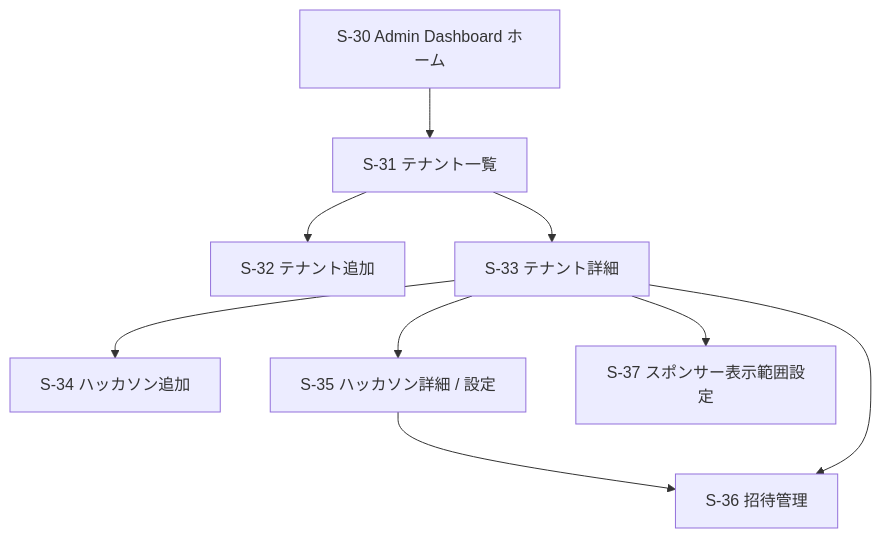
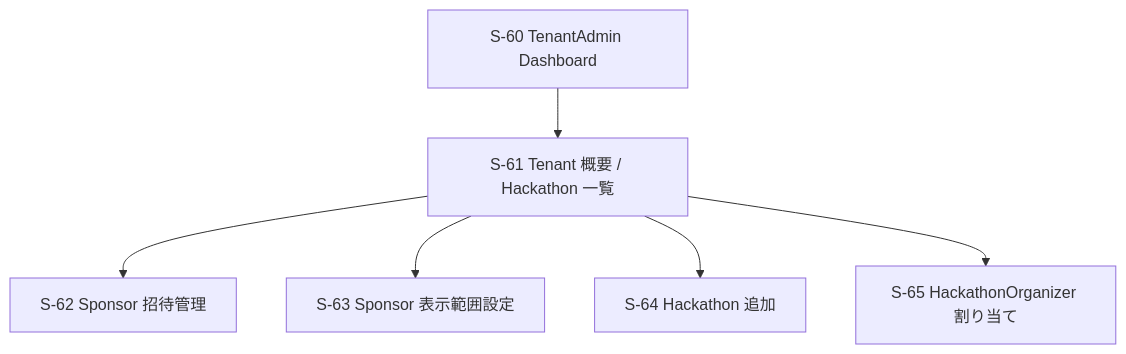
One commit to Asheze1127/hack-evaluater changed the eighth of 15 diagrams in docs/details/03_screen-flow_md.md. Above: the diagram before and after it, drawn with Mermaid. The commit also changed other lines of this file and 2 other files, not shown here.

````diff
--- a/docs/details/03_screen-flow_md.md
+++ b/docs/details/03_screen-flow_md.md
@@ -244,20 +300,15 @@
 ```mermaid
 flowchart TD
-    HOME[S-30 Admin Dashboard ホーム]
-    TENANTS[S-31 テナント一覧]
-    NEWTENANT[S-32 テナント追加]
-    TENANTDETAIL[S-33 テナント詳細]
-    NEWHACK[S-34 ハッカソン追加]
-    HACKDETAIL[S-35 ハッカソン詳細 / 設定]
-    INVITES[S-36 招待管理]
-    SCOPE[S-37 スポンサー表示範囲設定]
+    HOME[S-60 TenantAdmin Dashboard]
+    OVERVIEW[S-61 Tenant 概要 / Hackathon 一覧]
+    INVITES[S-62 Sponsor 招待管理]
+    SCOPE[S-63 Sponsor 表示範囲設定]
+    HCREATE[S-64 Hackathon 追加]
+    OASSIGN[S-65 HackathonOrganizer 割り当て]
 
-    HOME --> TENANTS
-    TENANTS --> NEWTENANT
-    TENANTS --> TENANTDETAIL
-    TENANTDETAIL --> NEWHACK
-    TENANTDETAIL --> HACKDETAIL
-    TENANTDETAIL --> SCOPE
-    HACKDETAIL --> INVITES
-    TENANTDETAIL --> INVITES
+    HOME --> OVERVIEW
+    OVERVIEW --> INVITES
+    OVERVIEW --> SCOPE
+    OVERVIEW --> HCREATE
+    OVERVIEW --> OASSIGN
 ```
````
